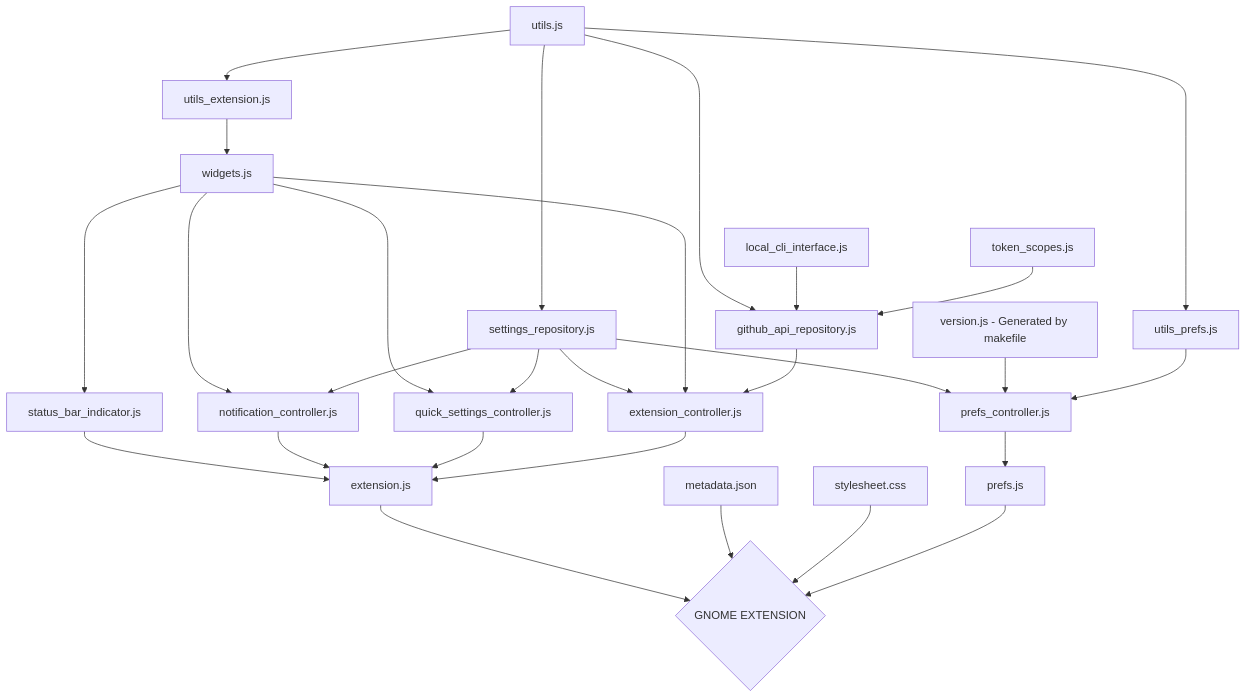
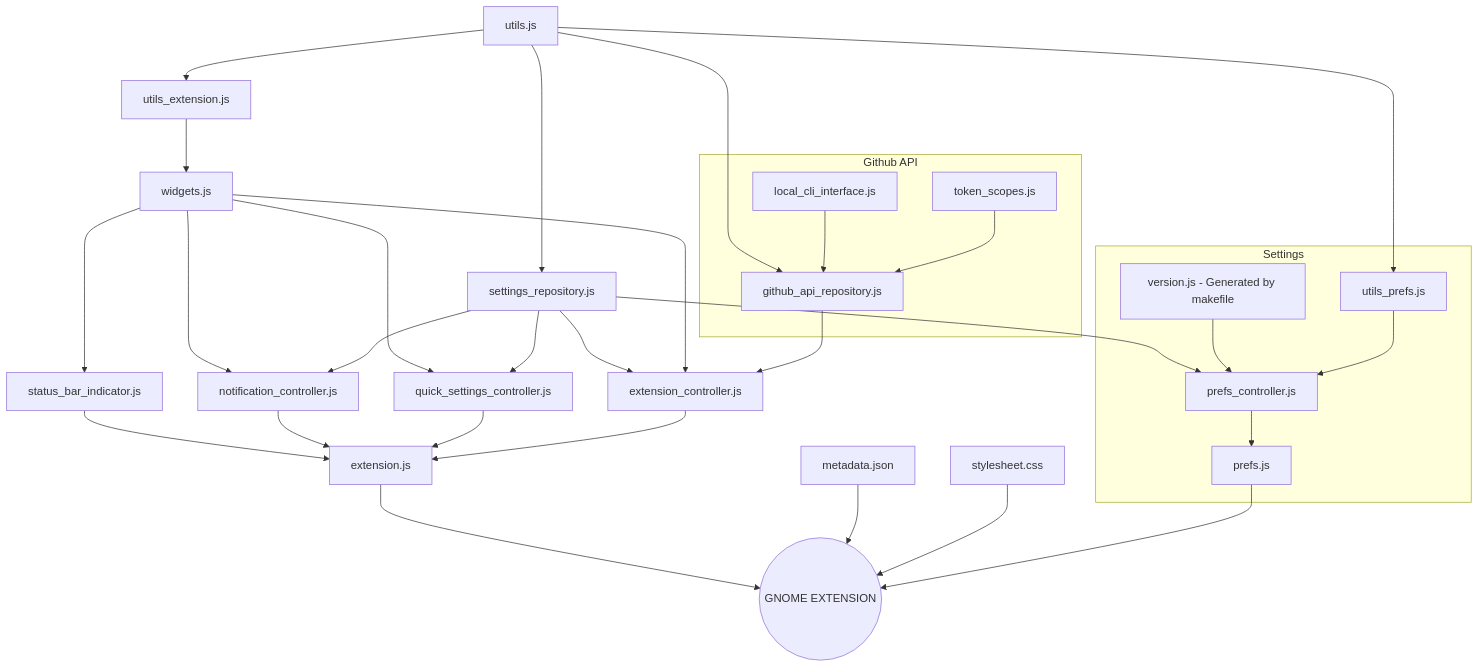
One commit to arononak/github-actions-gnome-extension changed the diagram in README.md. Above: the diagram before and after it, drawn with Mermaid.

````diff
--- a/README.md
+++ b/README.md
@@ -33,33 +33,44 @@
 ```mermaid
-graph TD;
+graph TD
     utils.js-->utils_extension.js
     utils.js-->github_api_repository.js
     utils.js-->utils_prefs.js
     utils.js-->settings_repository.js
     utils_extension.js-->widgets.js
-    widgets.js---->status_bar_indicator.js
-    widgets.js---->quick_settings_controller.js
-    widgets.js---->notification_controller.js
+    widgets.js--->status_bar_indicator.js
+    widgets.js--->quick_settings_controller.js
+    widgets.js--->notification_controller.js
     settings_repository.js-->extension_controller.js
-    widgets.js--->extension_controller.js
-
+    widgets.js-->extension_controller.js
     local_cli_interface.js-->github_api_repository.js
     token_scopes.js-->github_api_repository.js
     github_api_repository.js-->extension_controller.js
     settings_repository.js-->quick_settings_controller.js
     settings_repository.js-->notification_controller.js
     settings_repository.js-->prefs_controller.js
     version.js[version.js - Generated by makefile]-->prefs_controller.js
     utils_prefs.js-->prefs_controller.js
-
+    prefs_controller.js-->prefs.js
     status_bar_indicator.js-->extension.js
     notification_controller.js-->extension.js
     quick_settings_controller.js-->extension.js
     extension_controller.js-->extension.js
-    prefs_controller.js-->prefs.js
     
-    extension.js-->EXTENSION{GNOME EXTENSION}
-    metadata.json-->EXTENSION{GNOME EXTENSION}
-    stylesheet.css-->EXTENSION{GNOME EXTENSION}
-    prefs.js-->EXTENSION{GNOME EXTENSION}
+    extension.js-->EXTENSION((GNOME EXTENSION))
+    metadata.json-->EXTENSION((GNOME EXTENSION))
+    stylesheet.css-->EXTENSION((GNOME EXTENSION))
+    prefs.js-->EXTENSION((GNOME EXTENSION))
+
+    subgraph "Settings"
+        version.js
+        prefs.js
+        prefs_controller.js
+        utils_prefs.js
+    end
+
+    subgraph "Github API"
+        token_scopes.js
+        local_cli_interface.js
+        github_api_repository.js
+    end
 ```
````
